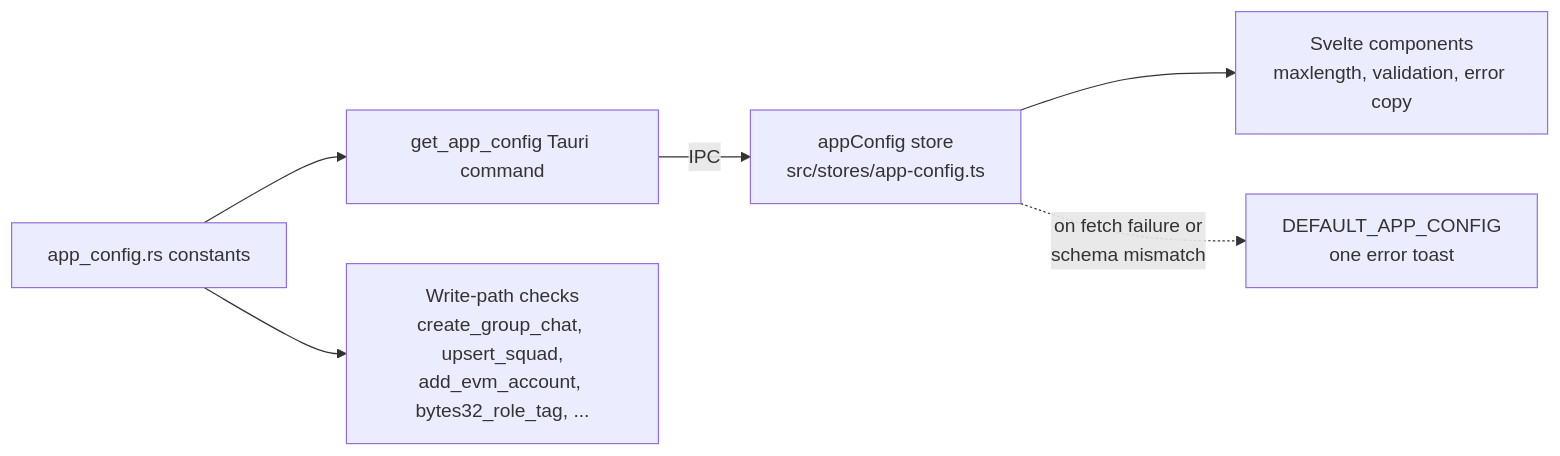
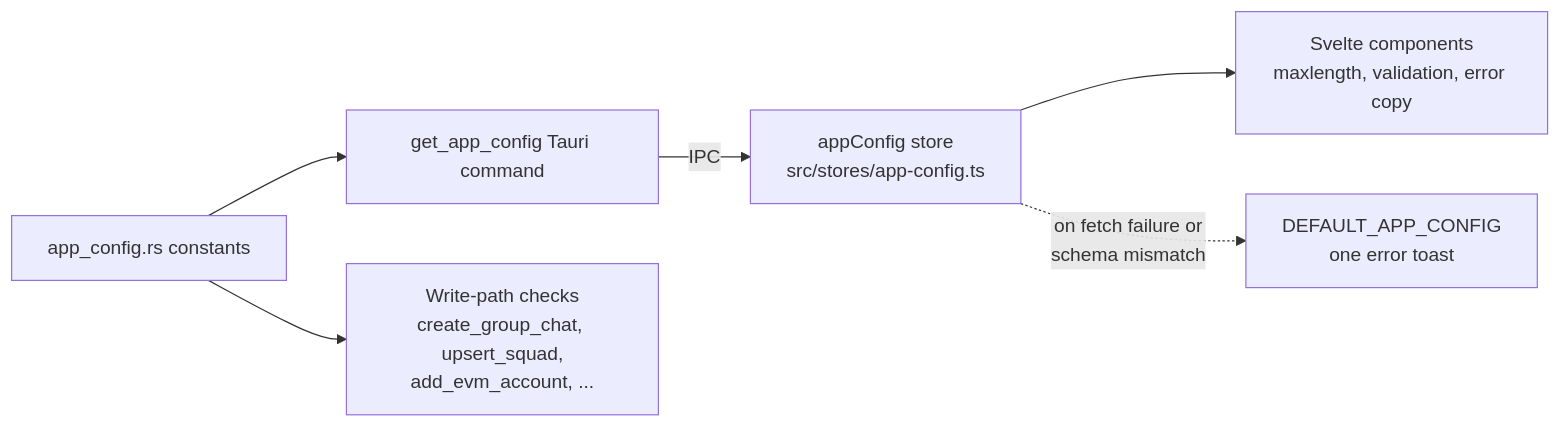
One commit to covenant-gov/pacto-app changed the diagram in docs/RUNTIME_CONFIG.md. Above: the diagram before and after it, drawn with Mermaid. The commit also changed other lines of this file and 72 other files, not shown here.

````diff
--- a/docs/RUNTIME_CONFIG.md
+++ b/docs/RUNTIME_CONFIG.md
@@ -25,8 +25,8 @@
 ```mermaid
 flowchart LR
   const[app_config.rs constants] --> cmd[get_app_config Tauri command]
-  const --> writes[Write-path checks\ncreate_group_chat, upsert_squad,\nadd_evm_account, bytes32_role_tag, ...]
+  const --> writes[Write-path checks\ncreate_group_chat, upsert_squad,\nadd_evm_account, ...]
   cmd -- IPC --> store[appConfig store\nsrc/stores/app-config.ts]
   store --> ui[Svelte components\nmaxlength, validation, error copy]
   store -.on fetch failure or\nschema mismatch.-> fallback[DEFAULT_APP_CONFIG\none error toast]
 ```
````
